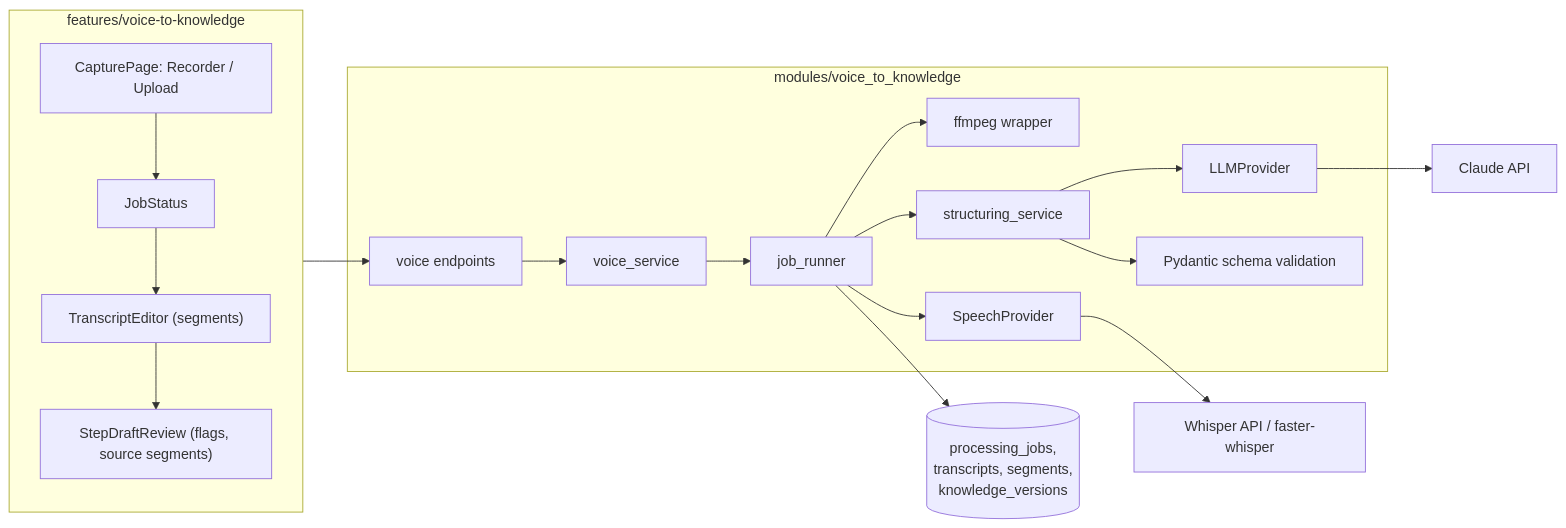
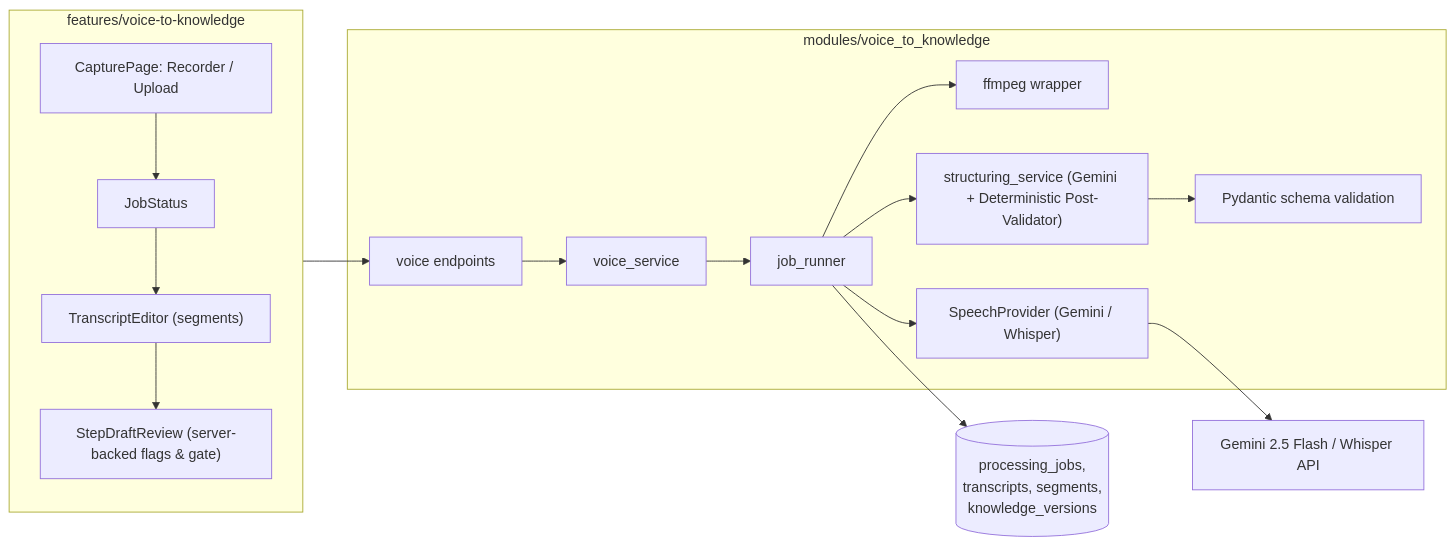
The second of 3 diagrams in docs/modules/04-voice-to-knowledge.md (janhavii67/CodeKarma_4_GurukulAI_Batch1), drawn with Mermaid before and after one commit. The commit also changed other lines of this file and 47 other files, not shown here.

````diff
--- a/docs/modules/04-voice-to-knowledge.md
+++ b/docs/modules/04-voice-to-knowledge.md
@@ -33,21 +36,19 @@
 ```mermaid
 flowchart LR
   subgraph FE["features/voice-to-knowledge"]
     CAP["CapturePage: Recorder / Upload"] --> JS["JobStatus"]
     JS --> TE["TranscriptEditor (segments)"]
-    TE --> SD["StepDraftReview (flags, source segments)"]
+    TE --> SD["StepDraftReview (server-backed flags & gate)"]
   end
   subgraph BE["modules/voice_to_knowledge"]
     EP["voice endpoints"] --> VS["voice_service"]
     VS --> JR["job_runner"]
     JR --> FF["ffmpeg wrapper"]
-    JR --> SP["SpeechProvider"]
-    JR --> ST["structuring_service"]
-    ST --> LP["LLMProvider"]
+    JR --> SP["SpeechProvider (Gemini / Whisper)"]
+    JR --> ST["structuring_service (Gemini + Deterministic Post-Validator)"]
     ST --> VAL["Pydantic schema validation"]
   end
   FE --> EP
   JR --> DB[("processing_jobs,<br/>transcripts, segments,<br/>knowledge_versions")]
-  SP --> WH["Whisper API / faster-whisper"]
-  LP --> CL["Claude API"]
+  SP --> GEM["Gemini 2.5 Flash / Whisper API"]
 ```
````
